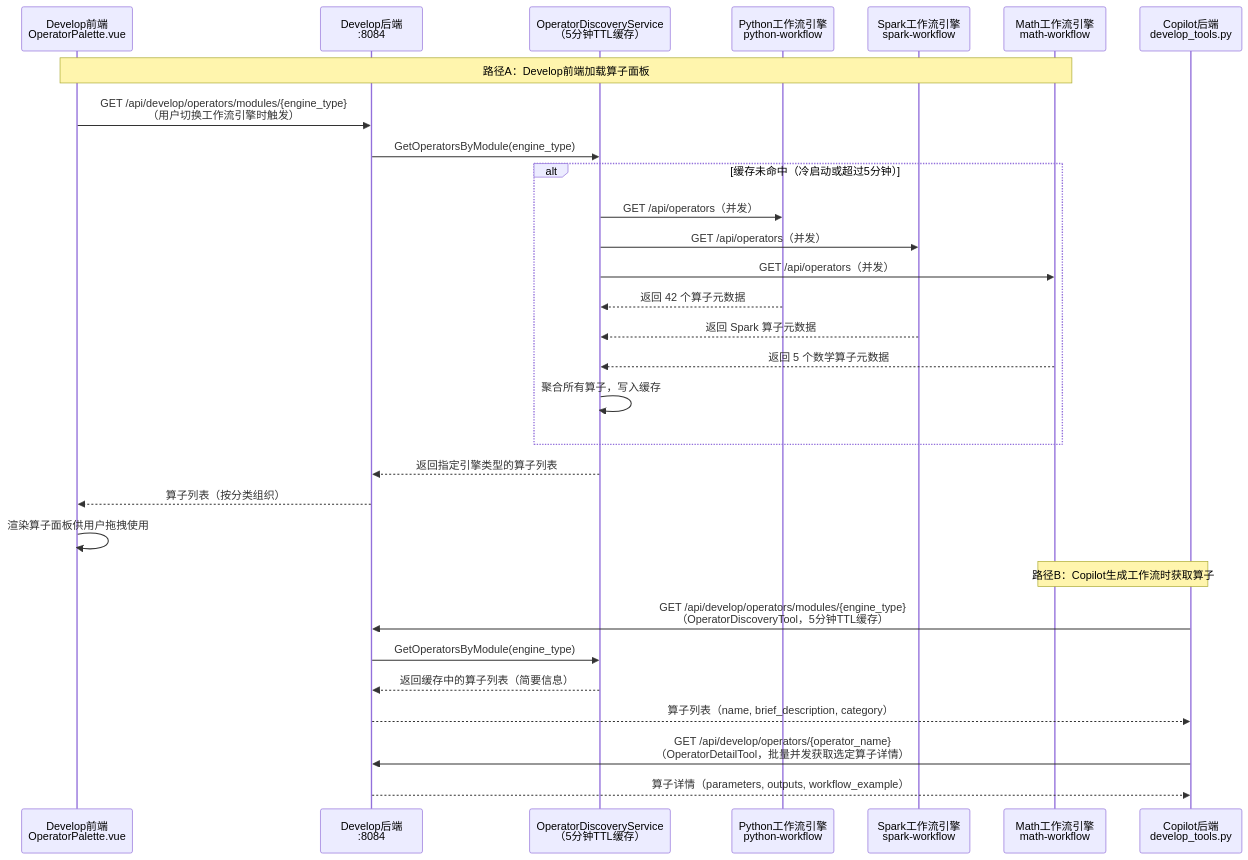
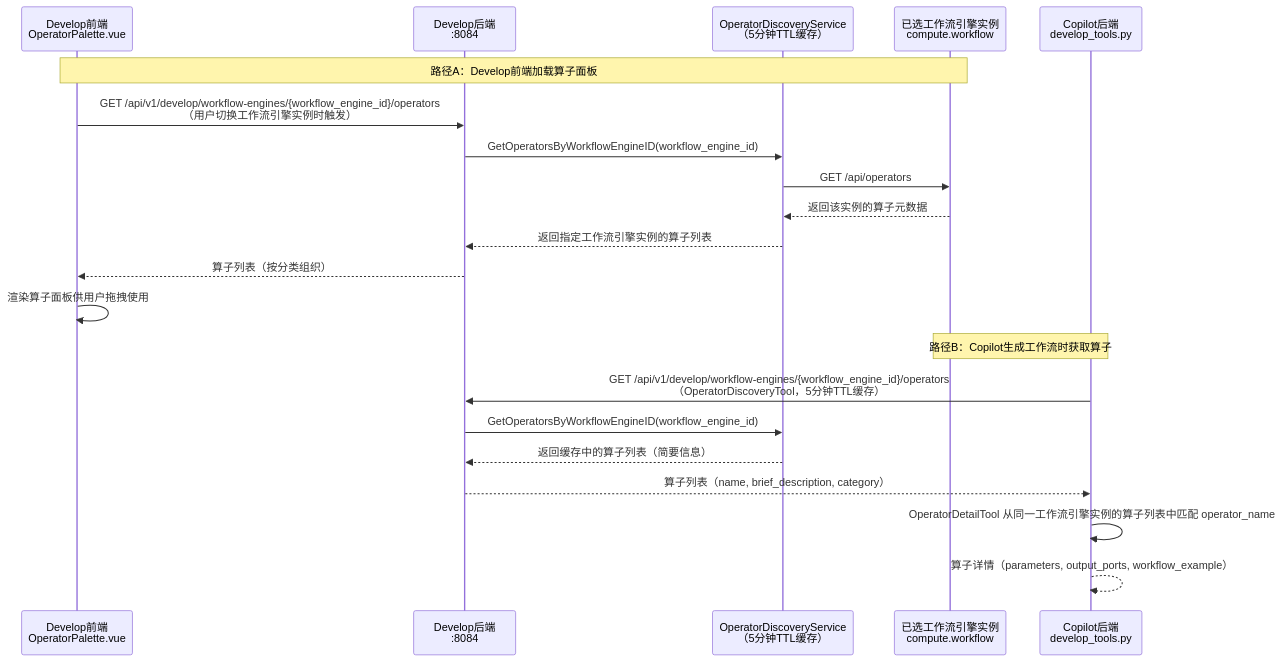
The second of 3 diagrams in copilot/docs/copilot-develop-调用关系说明.md (pampa0629/addp), drawn with Mermaid before and after one commit. The commit also changed other lines of this file and 536 other files, not shown here.

````diff
--- a/copilot/docs/copilot-develop-调用关系说明.md
+++ b/copilot/docs/copilot-develop-调用关系说明.md
@@ -80,37 +80,28 @@
 ```mermaid
 sequenceDiagram
     participant FE as Develop前端<br/>OperatorPalette.vue
     participant DevBE as Develop后端<br/>:8084
     participant DiscSvc as OperatorDiscoveryService<br/>（5分钟TTL缓存）
-    participant PyEngine as Python工作流引擎<br/>python-workflow
-    participant SparkEngine as Spark工作流引擎<br/>spark-workflow
-    participant MathEngine as Math工作流引擎<br/>math-workflow
+    participant WorkflowEngine as 已选工作流引擎实例<br/>compute.workflow
     participant Copilot as Copilot后端<br/>develop_tools.py
 
-    note over FE,MathEngine: 路径A：Develop前端加载算子面板
-    FE->>DevBE: GET /api/develop/operators/modules/{engine_type}<br/>（用户切换工作流引擎时触发）
-    DevBE->>DiscSvc: GetOperatorsByModule(engine_type)
+    note over FE,WorkflowEngine: 路径A：Develop前端加载算子面板
+    FE->>DevBE: GET /api/v1/develop/workflow-engines/{workflow_engine_id}/operators<br/>（用户切换工作流引擎实例时触发）
+    DevBE->>DiscSvc: GetOperatorsByWorkflowEngineID(workflow_engine_id)
 
-    alt 缓存未命中（冷启动或超过5分钟）
-        DiscSvc->>PyEngine: GET /api/operators（并发）
-        DiscSvc->>SparkEngine: GET /api/operators（并发）
-        DiscSvc->>MathEngine: GET /api/operators（并发）
-        PyEngine-->>DiscSvc: 返回 42 个算子元数据
-        SparkEngine-->>DiscSvc: 返回 Spark 算子元数据
-        MathEngine-->>DiscSvc: 返回 5 个数学算子元数据
-        DiscSvc->>DiscSvc: 聚合所有算子，写入缓存
-    end
+    DiscSvc->>WorkflowEngine: GET /api/operators
+    WorkflowEngine-->>DiscSvc: 返回该实例的算子元数据
 
-    DiscSvc-->>DevBE: 返回指定引擎类型的算子列表
+    DiscSvc-->>DevBE: 返回指定工作流引擎实例的算子列表
     DevBE-->>FE: 算子列表（按分类组织）
     FE->>FE: 渲染算子面板供用户拖拽使用
 
-    note over Copilot,MathEngine: 路径B：Copilot生成工作流时获取算子
-    Copilot->>DevBE: GET /api/develop/operators/modules/{engine_type}<br/>（OperatorDiscoveryTool，5分钟TTL缓存）
-    DevBE->>DiscSvc: GetOperatorsByModule(engine_type)
+    note over Copilot,WorkflowEngine: 路径B：Copilot生成工作流时获取算子
+    Copilot->>DevBE: GET /api/v1/develop/workflow-engines/{workflow_engine_id}/operators<br/>（OperatorDiscoveryTool，5分钟TTL缓存）
+    DevBE->>DiscSvc: GetOperatorsByWorkflowEngineID(workflow_engine_id)
     DiscSvc-->>DevBE: 返回缓存中的算子列表（简要信息）
     DevBE-->>Copilot: 算子列表（name, brief_description, category）
 
-    Copilot->>DevBE: GET /api/develop/operators/{operator_name}<br/>（OperatorDetailTool，批量并发获取选定算子详情）
-    DevBE-->>Copilot: 算子详情（parameters, outputs, workflow_example）
+    Copilot->>Copilot: OperatorDetailTool 从同一工作流引擎实例的算子列表中匹配 operator_name
+    Copilot-->>Copilot: 算子详情（parameters, output_ports, workflow_example）
 ```
````
